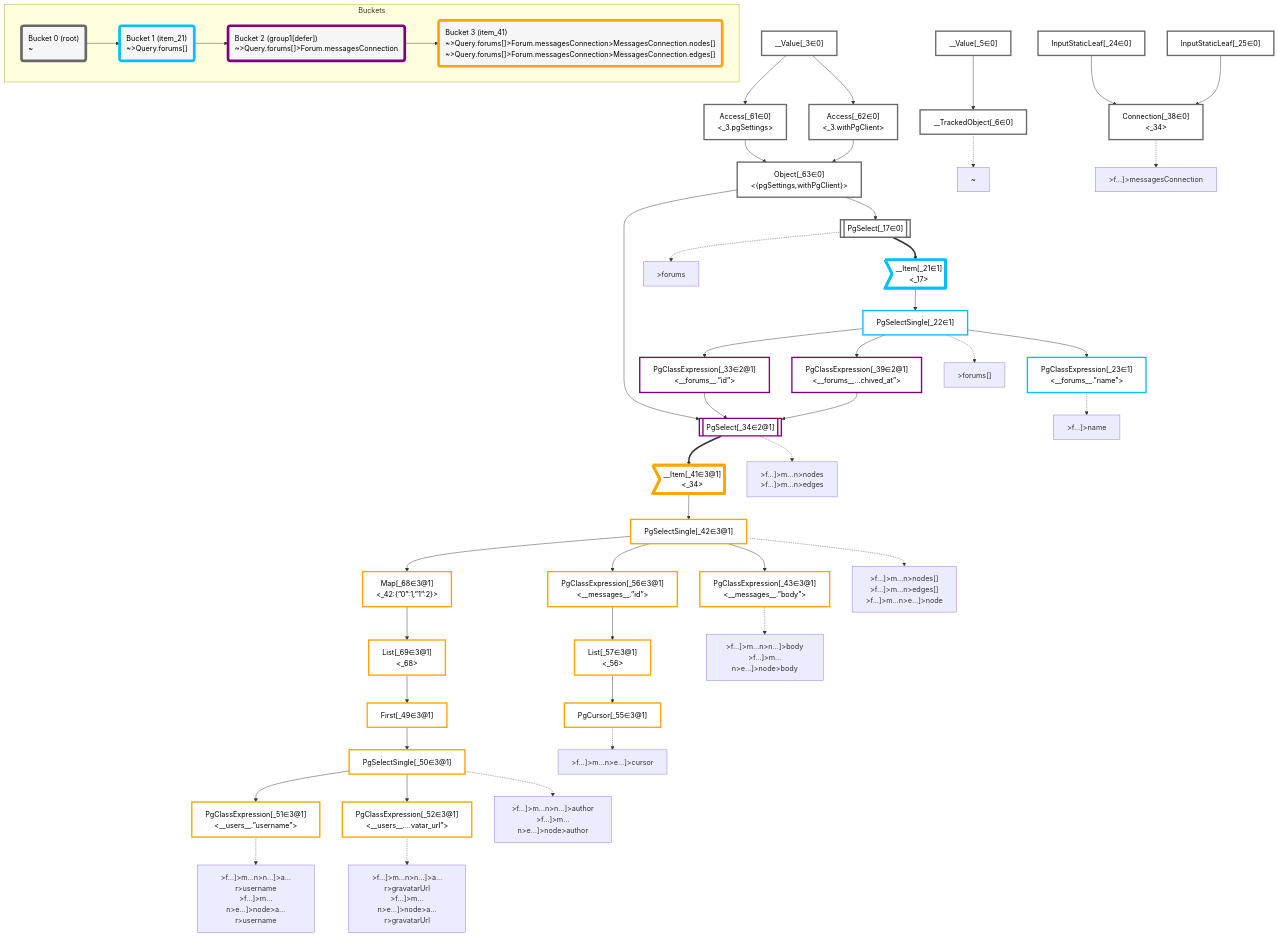
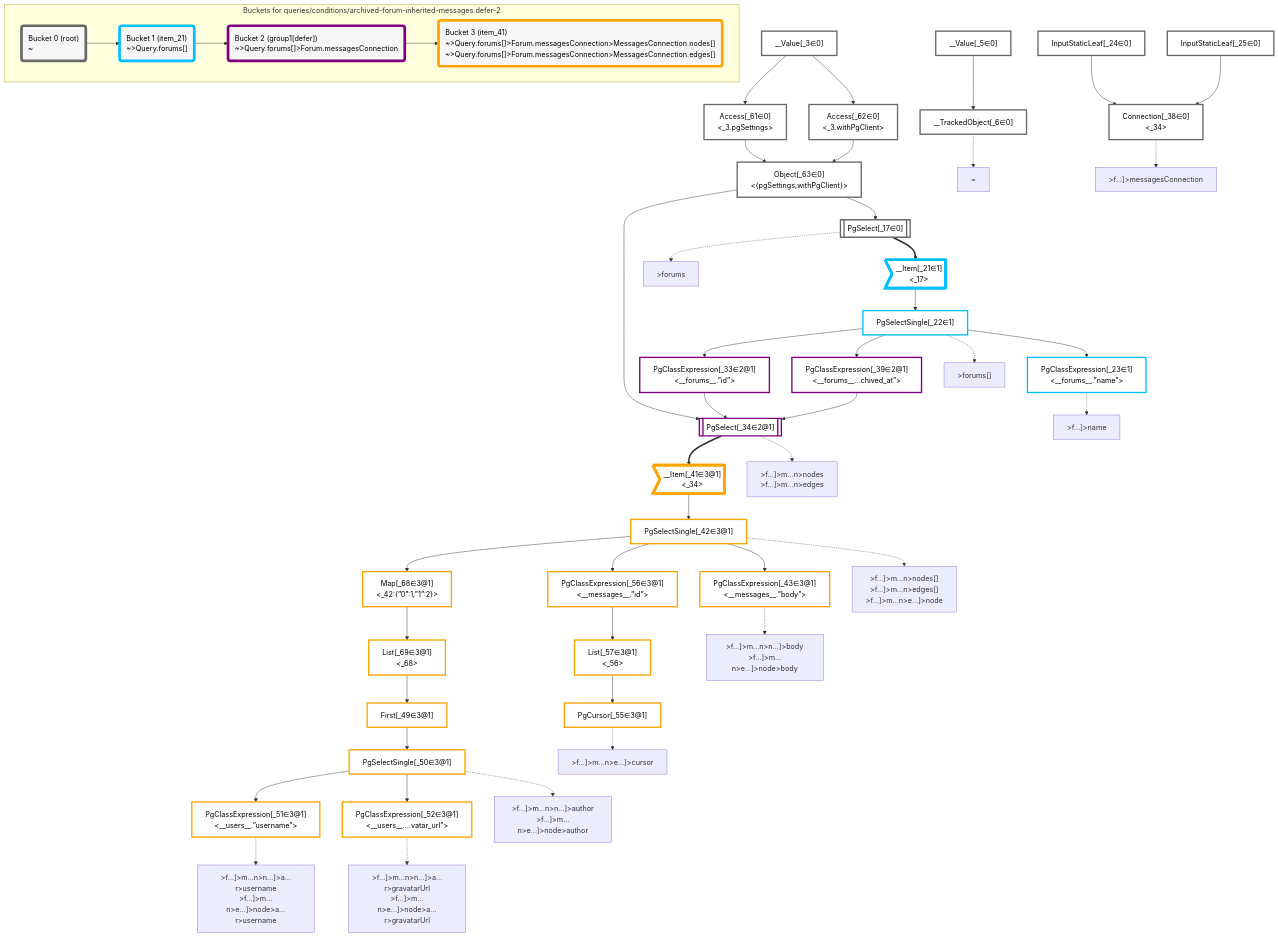
The diagram in packages/dataplan-pg/__tests__/queries/conditions/archived-forum-inherited-messages.defer-2.mermaid.md (graphile/crystal), drawn with Mermaid before and after one commit. The commit also changed 195 other files, not shown here.

```diff
--- a/packages/dataplan-pg/__tests__/queries/conditions/archived-forum-inherited-messages.defer-2.mermaid.md
+++ b/packages/dataplan-pg/__tests__/queries/conditions/archived-forum-inherited-messages.defer-2.mermaid.md
@@ -103,7 +103,7 @@
     classDef bucket3 stroke:#ffa500
     class __Item_41,PgSelectSingle_42,PgClassExpression_43,First_49,PgSelectSingle_50,PgClassExpression_51,PgClassExpression_52,PgCursor_55,PgClassExpression_56,List_57,Map_68,List_69 bucket3
 
-    subgraph Buckets
+    subgraph "Buckets for queries/conditions/archived-forum-inherited-messages.defer-2"
     Bucket0("Bucket 0 (root)<br />~"):::bucket
     style Bucket0 stroke:#696969
     Bucket1("Bucket 1 (item_21)<br />~>Query.forums[]"):::bucket
```
